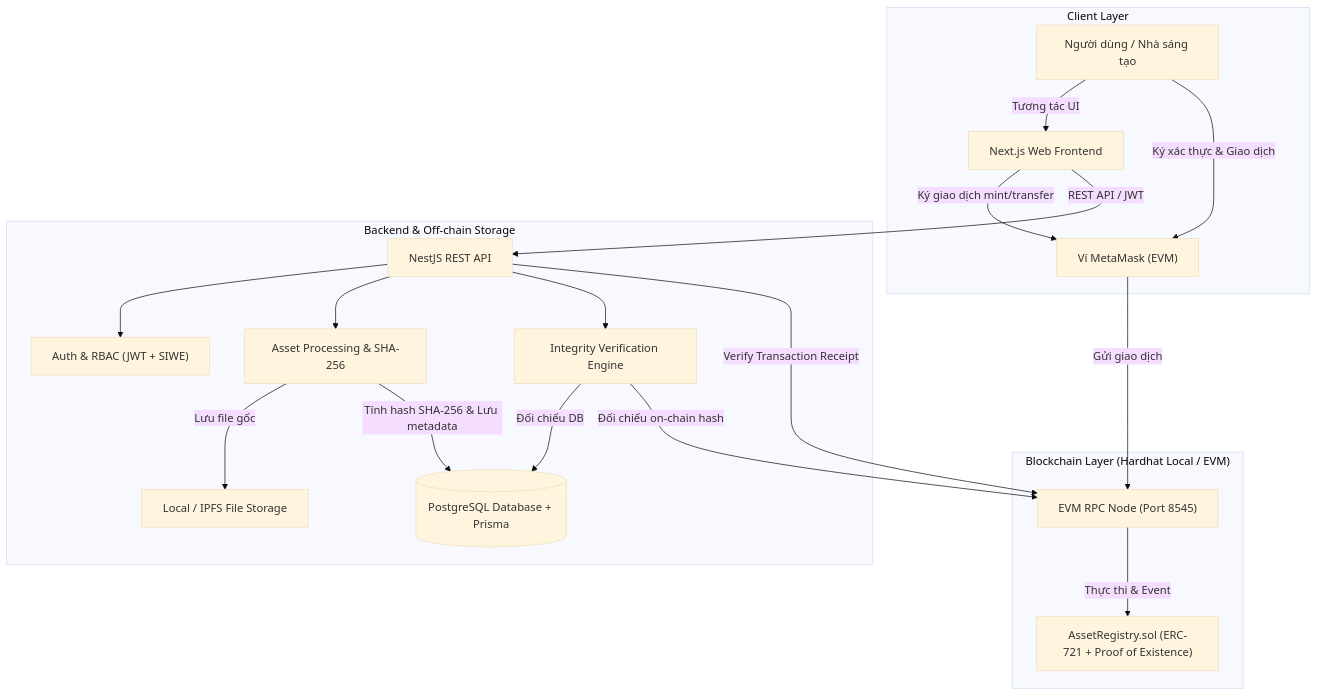
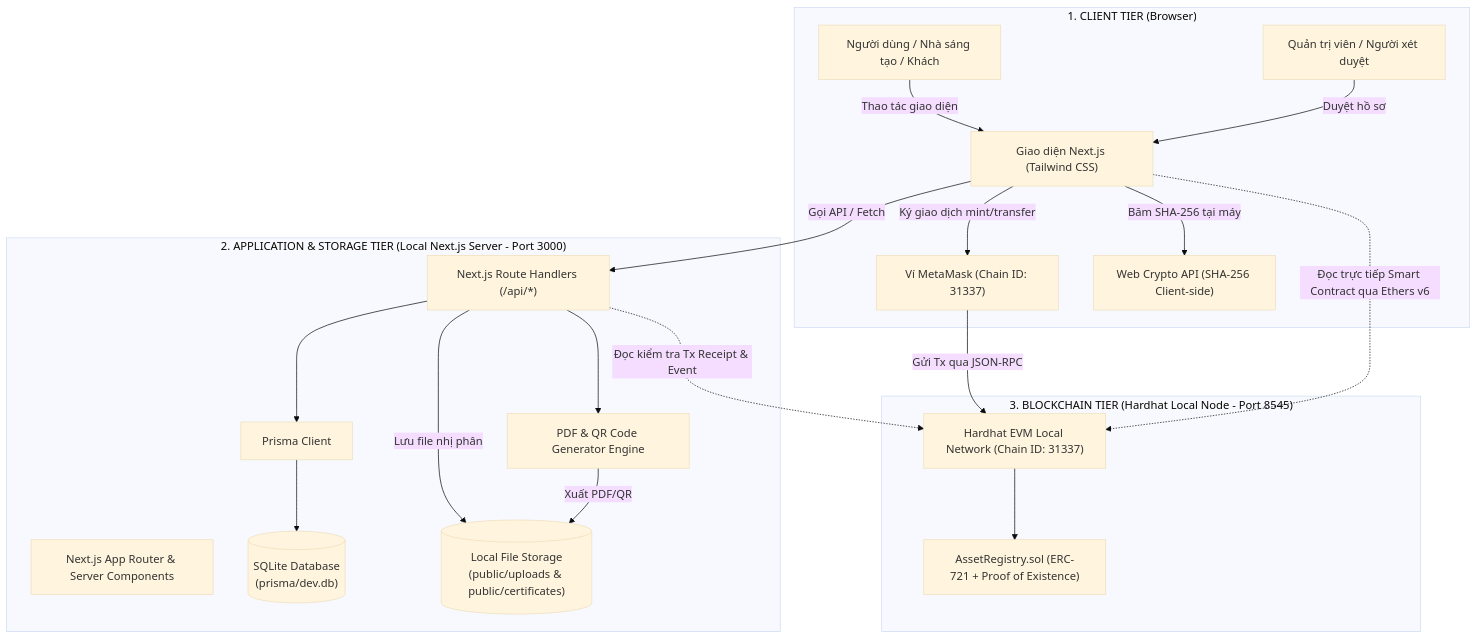
Before and after one commit to minhthuy70/assetchain: the first of 3 diagrams in docs/architecture.md, drawn with Mermaid (base theme). The commit also changed other lines of this file and 10 other files, not shown here.

````diff
--- a/docs/architecture.md
+++ b/docs/architecture.md
@@ -19,38 +11,41 @@
 ```mermaid
-flowchart TD
-    subgraph Client ["Client Layer"]
-        User["Người dùng / Nhà sáng tạo"]
-        MetaMask["Ví MetaMask (EVM)"]
-        Web["Next.js Web Frontend"]
+flowchart TB
+    subgraph ClientLayer ["1. CLIENT TIER (Browser)"]
+        User["Người dùng / Nhà sáng tạo / Khách"]
+        AdminUser["Quản trị viên / Người xét duyệt"]
+        MetaMask["Ví MetaMask (Chain ID: 31337)"]
+        WebCrypto["Web Crypto API (SHA-256 Client-side)"]
+        UI["Giao diện Next.js (Tailwind CSS)"]
     end
 
-    subgraph BackendLayer ["Backend & Off-chain Storage"]
-        API["NestJS REST API"]
-        AuthModule["Auth & RBAC (JWT + SIWE)"]
-        AssetModule["Asset Processing & SHA-256"]
-        Verifier["Integrity Verification Engine"]
-        Storage["Local / IPFS File Storage"]
-        DB[(PostgreSQL Database + Prisma)]
+    subgraph AppLayer ["2. APPLICATION & STORAGE TIER (Local Next.js Server - Port 3000)"]
+        NextServer["Next.js App Router & Server Components"]
+        APIRoutes["Next.js Route Handlers (/api/*)"]
+        CertEngine["PDF & QR Code Generator Engine"]
+        PrismaORM["Prisma Client"]
+        SQLiteDB[("SQLite Database\n(prisma/dev.db)")]
+        LocalStorage[("Local File Storage\n(public/uploads & public/certificates)")]
     end
 
-    subgraph BlockchainLayer ["Blockchain Layer (Hardhat Local / EVM)"]
-        RPC["EVM RPC Node (Port 8545)"]
+    subgraph BlockchainLayer ["3. BLOCKCHAIN TIER (Hardhat Local Node - Port 8545)"]
+        HardhatNode["Hardhat EVM Local Network (Chain ID: 31337)"]
         Contract["AssetRegistry.sol (ERC-721 + Proof of Existence)"]
     end
 
-    User -->|Tương tác UI| Web
-    User -->|Ký xác thực & Giao dịch| MetaMask
-    Web -->|Ký giao dịch mint/transfer| MetaMask
-    MetaMask -->|Gửi giao dịch| RPC
-    RPC -->|Thực thi & Event| Contract
+    User -->|Thao tác giao diện| UI
+    AdminUser -->|Duyệt hồ sơ| UI
+    UI -->|Băm SHA-256 tại máy| WebCrypto
+    UI -->|Ký giao dịch mint/transfer| MetaMask
+    MetaMask -->|Gửi Tx qua JSON-RPC| HardhatNode
 
-    Web -->|REST API / JWT| API
-    API --> AuthModule
-    API --> AssetModule
-    API --> Verifier
-    AssetModule -->|Lưu file gốc| Storage
-    AssetModule -->|Tính hash SHA-256 & Lưu metadata| DB
-    Verifier -->|Đối chiếu DB| DB
-    Verifier -->|Đối chiếu on-chain hash| RPC
-    API -->|Verify Transaction Receipt| RPC
+    UI -->|Gọi API / Fetch| APIRoutes
+    APIRoutes --> PrismaORM
+    PrismaORM --> SQLiteDB
+    APIRoutes -->|Lưu file nhị phân| LocalStorage
+    APIRoutes --> CertEngine
+    CertEngine -->|Xuất PDF/QR| LocalStorage
+
+    APIRoutes -.->|Đọc kiểm tra Tx Receipt & Event| HardhatNode
+    HardhatNode --> Contract
+    UI -.->|Đọc trực tiếp Smart Contract qua Ethers v6| HardhatNode
 ```
````
